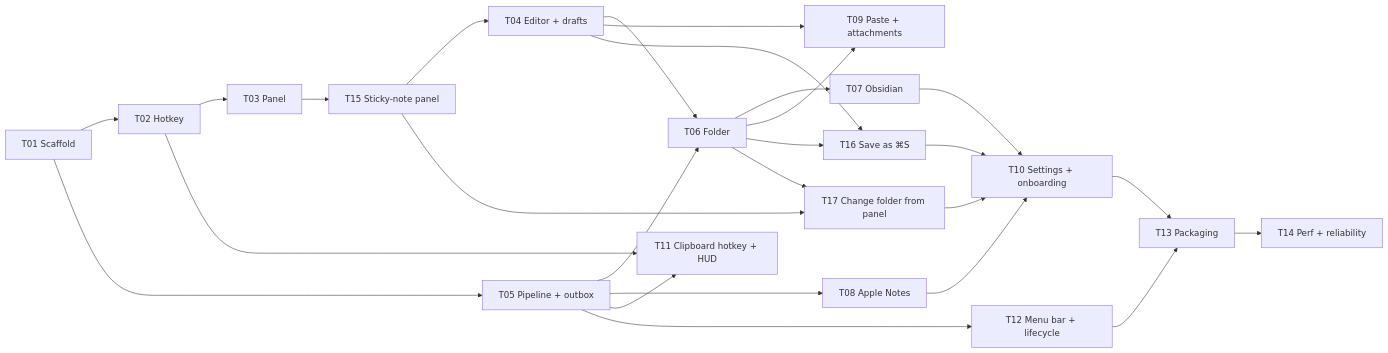
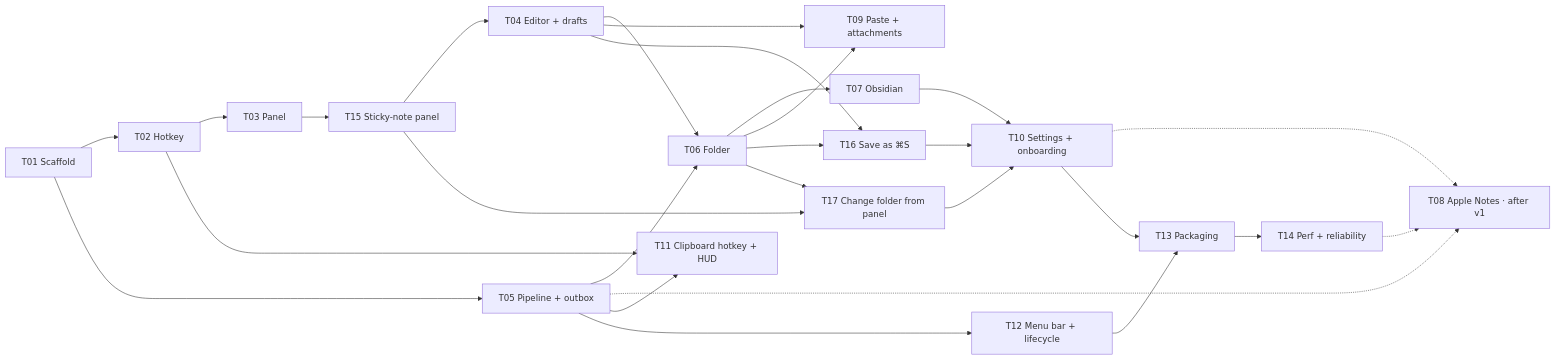
The diagram in context/tasks/README.md (elizabeth-ling/otter), drawn with Mermaid before and after one commit. The commit also changed other lines of this file and 13 other files, not shown here.

First line of the commit message:
docs: defer Apple Notes (T08) to after v1

````diff
--- a/context/tasks/README.md
+++ b/context/tasks/README.md
@@ -15,28 +16,29 @@
 ```mermaid
 flowchart LR
   T01[T01 Scaffold] --> T02[T02 Hotkey]
   T01 --> T05[T05 Pipeline + outbox]
   T02 --> T03[T03 Panel]
   T03 --> T15[T15 Sticky-note panel]
   T15 --> T04[T04 Editor + drafts]
   T05 --> T06[T06 Folder]
   T04 --> T06
   T06 --> T07[T07 Obsidian]
-  T05 --> T08[T08 Apple Notes]
+  T05 -.-> T08[T08 Apple Notes · after v1]
+  T10 -.-> T08
+  T14 -.-> T08
   T04 --> T09[T09 Paste + attachments]
   T06 --> T09
   T04 --> T16[T16 Save as ⌘S]
   T06 --> T16
   T05 --> T11[T11 Clipboard hotkey + HUD]
   T02 --> T11
   T07 --> T10[T10 Settings + onboarding]
   T16 --> T10
   T06 --> T17[T17 Change folder from panel]
   T15 --> T17
   T17 --> T10
-  T08 --> T10
   T05 --> T12[T12 Menu bar + lifecycle]
   T10 --> T13[T13 Packaging]
   T12 --> T13
   T13 --> T14[T14 Perf + reliability]
 ```
````
